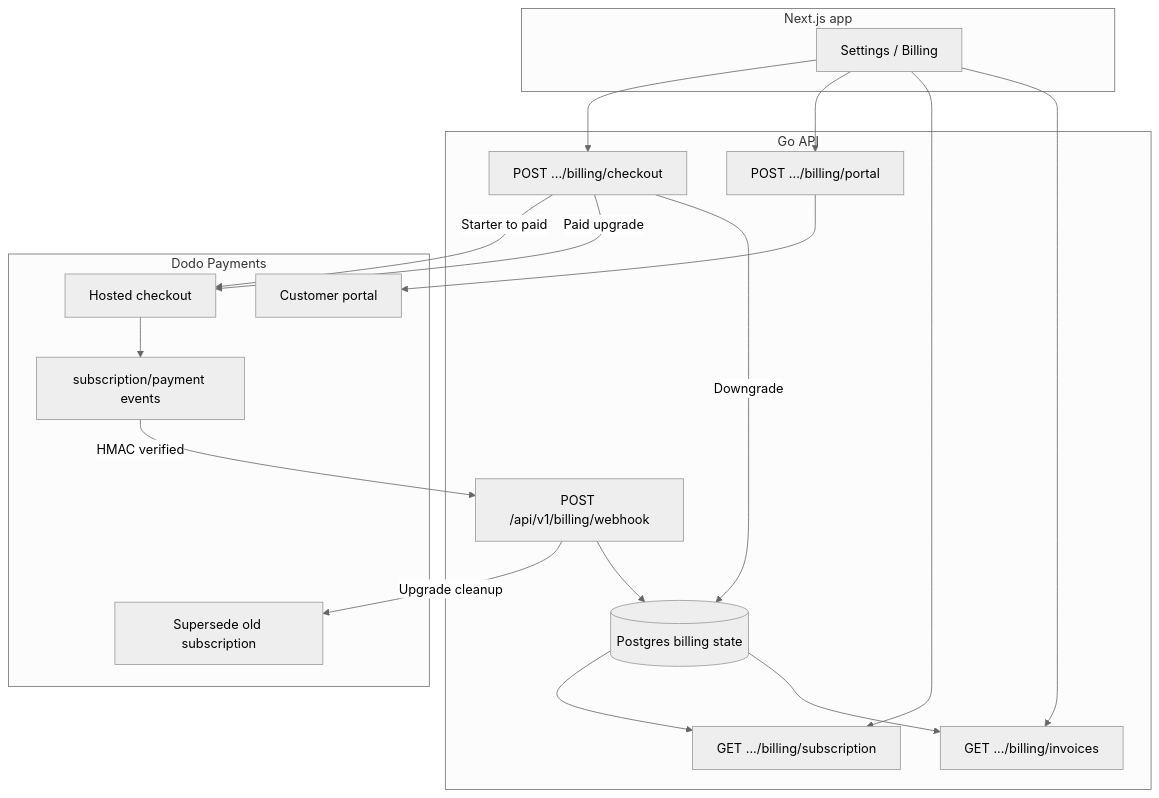
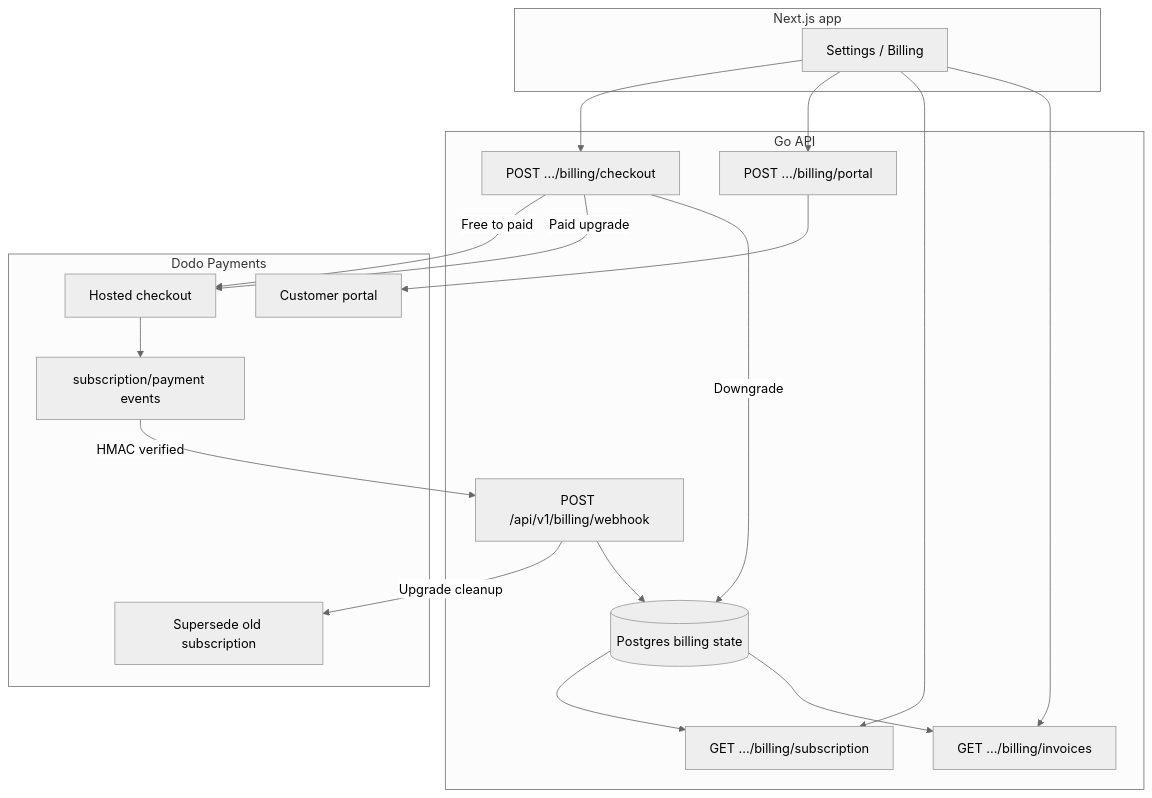
The first of 2 diagrams in md-docs/dodo-payments-flowchart.md (dabhivijay2478/InsightFlow), drawn with Mermaid (neutral theme) before and after one commit. The commit also changed other lines of this file and 2 other files, not shown here.

Commit message:
refactor: rename billing plans from Starter/Growth to Free/Plus and remove upcoming-charges endpoint references

````diff
--- a/md-docs/dodo-payments-flowchart.md
+++ b/md-docs/dodo-payments-flowchart.md
@@ -16,39 +16,39 @@
 ```mermaid
 flowchart TB
   subgraph App["Next.js app"]
     UI["Settings / Billing"]
   end
 
   subgraph API["Go API"]
     CO["POST .../billing/checkout"]
     PO["POST .../billing/portal"]
     SUB["GET .../billing/subscription"]
     INV["GET .../billing/invoices"]
     WH["POST /api/v1/billing/webhook"]
     DB[("Postgres billing state")]
   end
 
   subgraph Dodo["Dodo Payments"]
     HC["Hosted checkout"]
     UP["Supersede old subscription"]
     CP["Customer portal"]
     EV["subscription/payment events"]
   end
 
   UI --> CO
   UI --> PO
   UI --> SUB
   UI --> INV
 
-  CO -->|"Starter to paid"| HC
+  CO -->|"Free to paid"| HC
   CO -->|"Paid upgrade"| HC
   CO -->|"Downgrade"| DB
   PO --> CP
 
   HC --> EV
   WH -->|"Upgrade cleanup"| UP
   EV -->|"HMAC verified"| WH
   WH --> DB
   DB --> SUB
   DB --> INV
 ```
````
